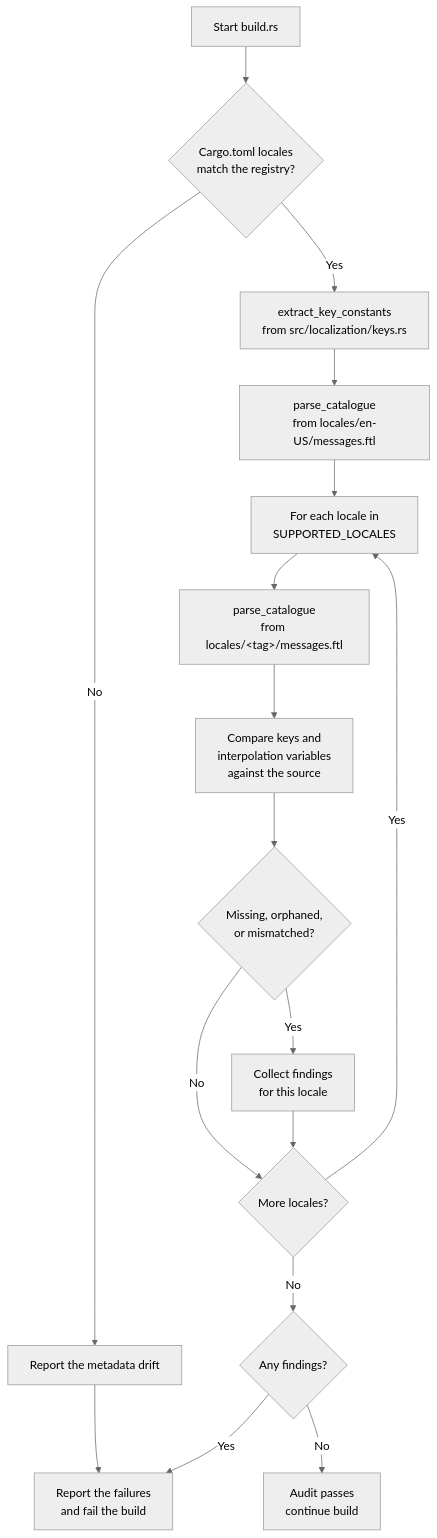
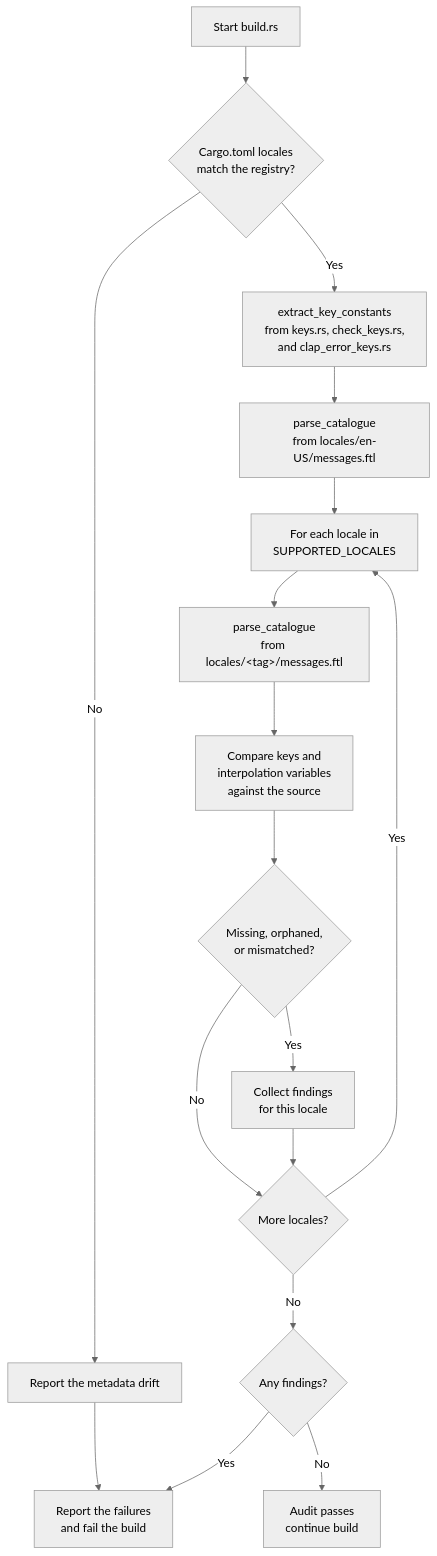
Before and after one commit to leynos/netsuke: diagram 17 of 20 in docs/netsuke-design.md, drawn with Mermaid (neutral theme). The commit also changed other lines of this file and 6 other files, not shown here.

First line of the commit message:
Document the split of the localization key tables

````diff
--- a/docs/netsuke-design.md
+++ b/docs/netsuke-design.md
@@ -3671,23 +3671,23 @@
 ```mermaid
 flowchart TD
     A_Start["Start build.rs"] --> B_Metadata
     B_Metadata{"Cargo.toml locales<br/>match the registry?"} -->|No| N_Drift
     N_Drift["Report the metadata drift"] --> M_Fail
     B_Metadata -->|Yes| C_ReadKeys
-    C_ReadKeys["extract_key_constants<br/>from src/localization/keys.rs"] --> D_ReadSource
+    C_ReadKeys["extract_key_constants<br/>from keys.rs, check_keys.rs,<br/>and clap_error_keys.rs"] --> D_ReadSource
     D_ReadSource["parse_catalogue<br/>from locales/en-US/messages.ftl"] --> E_Loop
 
     E_Loop["For each locale in<br/>SUPPORTED_LOCALES"] --> F_Parse
     F_Parse["parse_catalogue<br/>from locales/&lt;tag&gt;/messages.ftl"] --> G_Compare
     G_Compare["Compare keys and<br/>interpolation variables<br/>against the source"] --> I_Check
 
     I_Check{"Missing, orphaned,<br/>or mismatched?"} -->|No| J_Next
     I_Check -->|Yes| H_Error["Collect findings<br/>for this locale"]
     H_Error --> J_Next
 
     J_Next{"More locales?"} -->|Yes| E_Loop
     J_Next -->|No| K_Verdict
 
     K_Verdict{"Any findings?"} -->|No| L_Success["Audit passes<br/>continue build"]
     K_Verdict -->|Yes| M_Fail["Report the failures<br/>and fail the build"]
 ```
````
